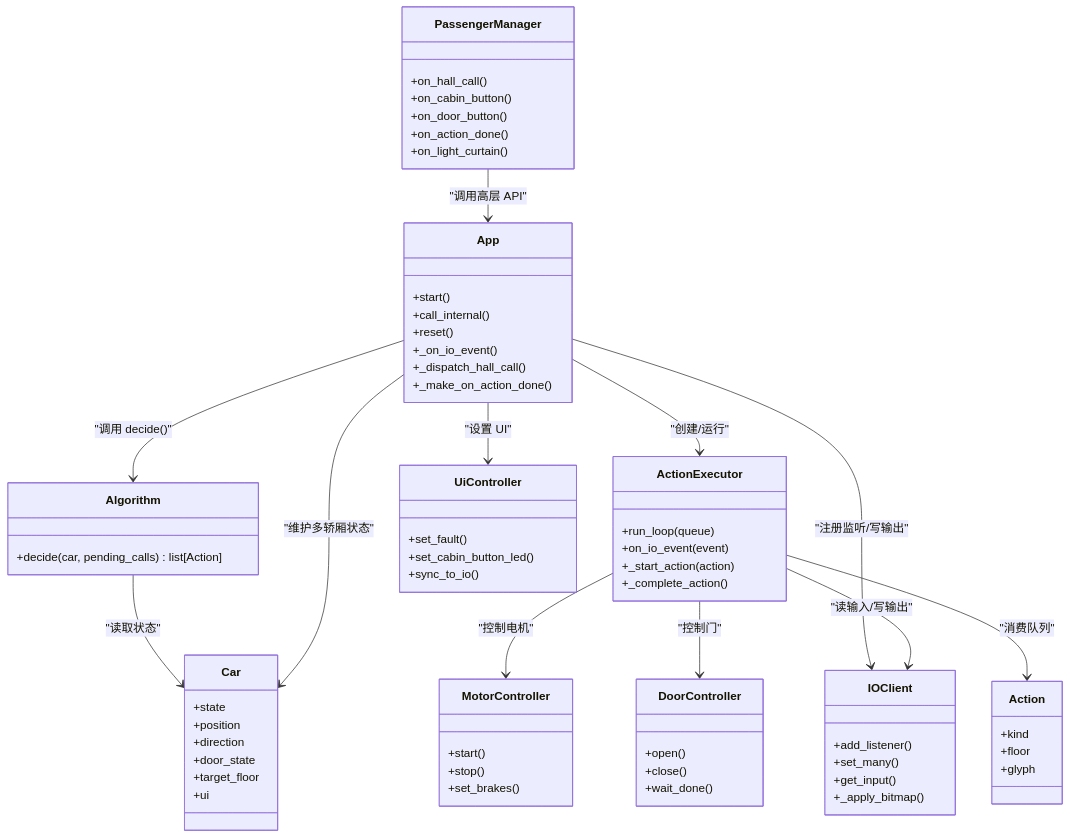
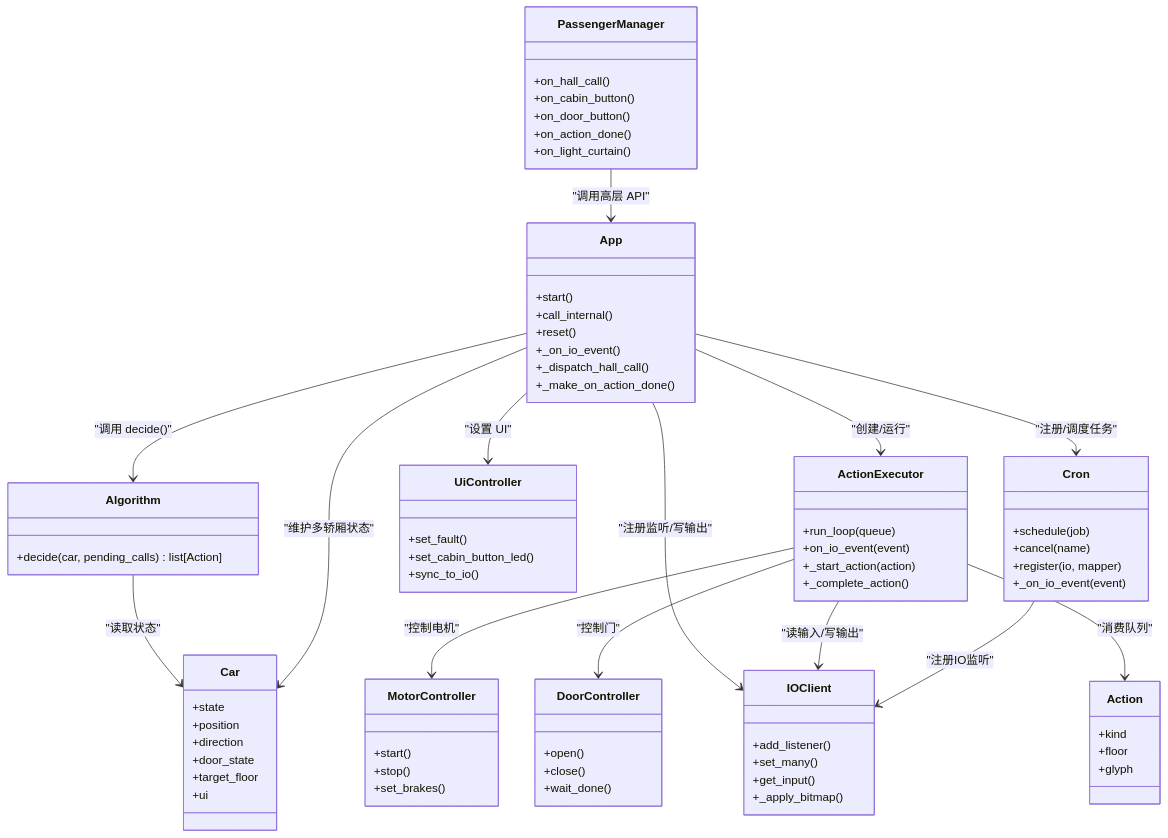
One commit to xmb505/Haku_EET changed the second of 6 diagrams in .qoder/repowiki/zh/content/系统架构概览/系统架构概览.md. Above: the diagram before and after it, drawn with Mermaid. The commit also changed other lines of this file and 37 other files, not shown here.

First line of the commit message:
docs(architecture): 更新三层架构和模块职责说明

````diff
--- a/.qoder/repowiki/zh/content/系统架构概览/系统架构概览.md
+++ b/.qoder/repowiki/zh/content/系统架构概览/系统架构概览.md
@@ -125,72 +131,80 @@
 ```mermaid
 classDiagram
 class App {
 +start()
 +call_internal()
 +reset()
 +_on_io_event()
 +_dispatch_hall_call()
 +_make_on_action_done()
 }
 class Algorithm {
 +decide(car, pending_calls) list[Action]
 }
 class PassengerManager {
 +on_hall_call()
 +on_cabin_button()
 +on_door_button()
 +on_action_done()
 +on_light_curtain()
 }
 class ActionExecutor {
 +run_loop(queue)
 +on_io_event(event)
 +_start_action(action)
 +_complete_action()
 }
 class MotorController {
 +start()
 +stop()
 +set_brakes()
 }
 class DoorController {
 +open()
 +close()
 +wait_done()
 }
 class IOClient {
 +add_listener()
 +set_many()
 +get_input()
 +_apply_bitmap()
 }
 class UiController {
 +set_fault()
 +set_cabin_button_led()
 +sync_to_io()
 }
+class Cron {
++schedule(job)
++cancel(name)
++register(io, mapper)
++_on_io_event(event)
+}
 class Action {
 +kind
 +floor
 +glyph
 }
 class Car {
 +state
 +position
 +direction
 +door_state
 +target_floor
 +ui
 }
 App --> Algorithm : "调用 decide()"
 App --> ActionExecutor : "创建/运行"
 App --> IOClient : "注册监听/写输出"
 App --> UiController : "设置 UI"
+App --> Cron : "注册/调度任务"
 PassengerManager --> App : "调用高层 API"
 ActionExecutor --> MotorController : "控制电机"
 ActionExecutor --> DoorController : "控制门"
 ActionExecutor --> IOClient : "读输入/写输出"
 ActionExecutor --> Action : "消费队列"
 Algorithm --> Car : "读取状态"
 App --> Car : "维护多轿厢状态"
+Cron --> IOClient : "注册IO监听"
 ```
````
